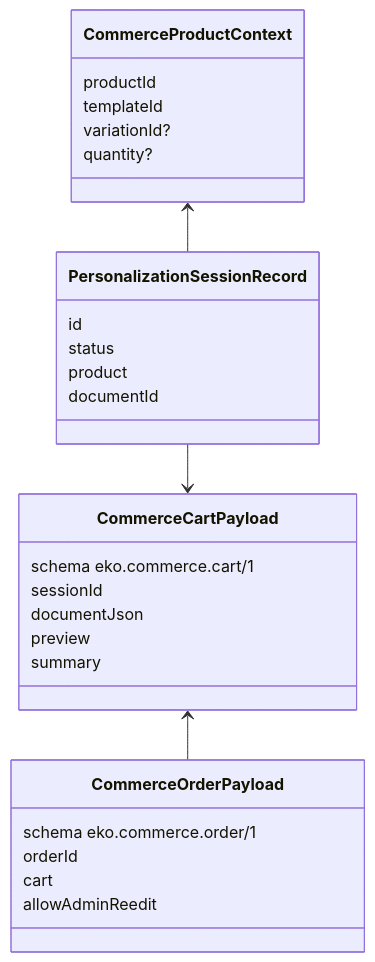
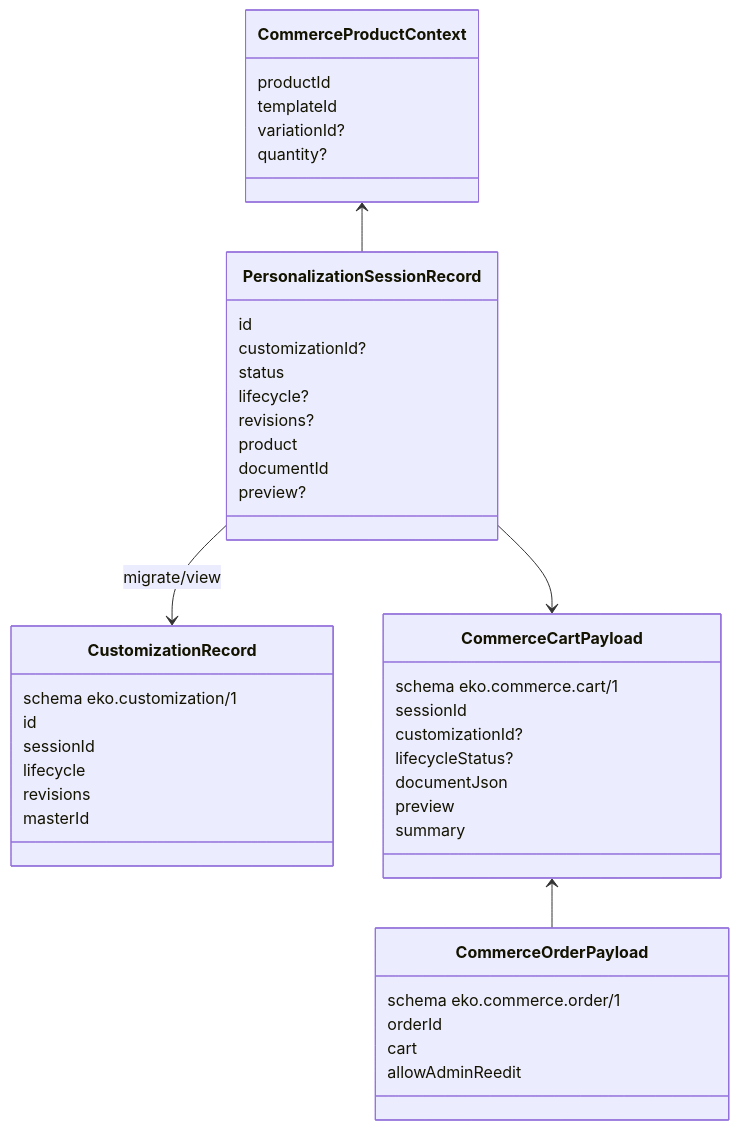
The third of 6 diagrams in docs/06-architecture.md (alexsulino/eko-print-studio), drawn with Mermaid before and after one commit. The commit also changed other lines of this file and 87 other files, not shown here.

Commit message:
feat(core): complete provider architecture and commerce abstraction

````diff
--- a/docs/06-architecture.md
+++ b/docs/06-architecture.md
@@ -96,31 +97,46 @@
 ```mermaid
 classDiagram
   class CommerceProductContext {
     productId
     templateId
     variationId?
     quantity?
   }
   class PersonalizationSessionRecord {
     id
+    customizationId?
     status
+    lifecycle?
+    revisions?
     product
     documentId
+    preview?
+  }
+  class CustomizationRecord {
+    schema eko.customization/1
+    id
+    sessionId
+    lifecycle
+    revisions
+    masterId
   }
   class CommerceCartPayload {
     schema eko.commerce.cart/1
     sessionId
+    customizationId?
+    lifecycleStatus?
     documentJson
     preview
     summary
   }
   class CommerceOrderPayload {
     schema eko.commerce.order/1
     orderId
     cart
     allowAdminReedit
   }
   CommerceProductContext <-- PersonalizationSessionRecord
+  PersonalizationSessionRecord --> CustomizationRecord : migrate/view
   PersonalizationSessionRecord --> CommerceCartPayload
   CommerceCartPayload <-- CommerceOrderPayload
 ```
````
